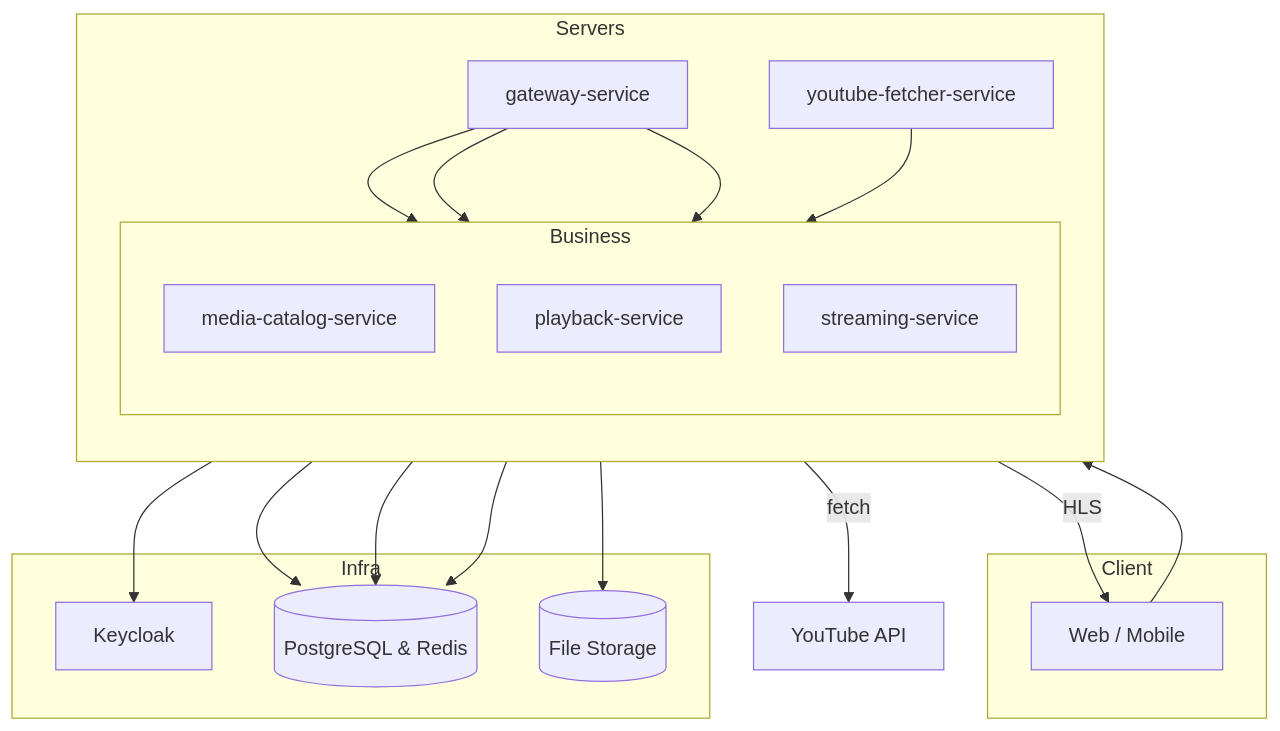
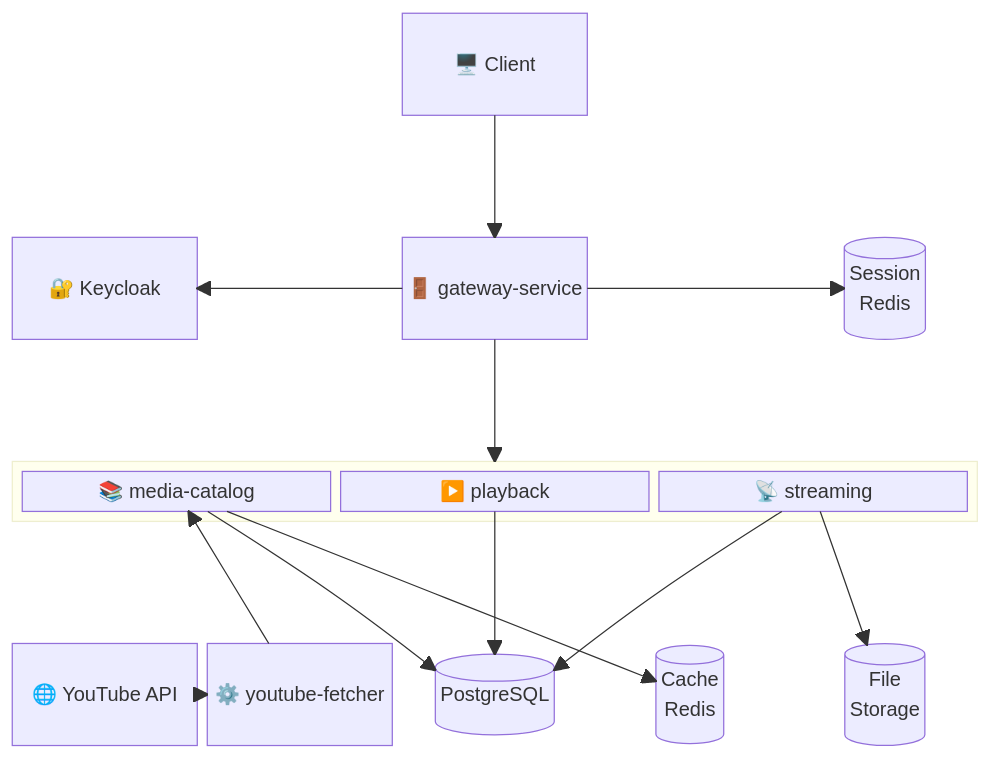
Before and after one commit to sglee487/loopin-server: the diagram in README.md, drawn with Mermaid. The commit also changed other lines of this file, not shown here.

Commit message:
docs: redraw architecture picture

````diff
--- a/README.md
+++ b/README.md
@@ -9,45 +9,35 @@
 ```mermaid
-flowchart TB
+block-beta
+  columns 5
 
-  %% CLIENT
-  subgraph "Client"
-    C["Web / Mobile"]
+  space:2 C["🖥️ Client"]:1 space:2
+
+  space:5
+
+  KC["🔐 Keycloak"]:1 space G["🚪 gateway-service"]:1 space GR[("Session\nRedis")]:1
+
+  space:5
+
+  block:services:5
+    columns 3
+    MC["📚 media-catalog"]:1
+    PB["▶️ playback"]:1
+    ST["📡 streaming"]:1
   end
 
-  %% SERVERS
-  subgraph "Servers"
-    direction TB
-    G["gateway-service"]
-    YF["youtube-fetcher-service"]
-    subgraph "Business"
-      direction TB
-      MC["media-catalog-service"]
-      PB["playback-service"]
-      ST["streaming-service"]
-    end
-  end
+  space:5
 
-  %% INFRA
-  subgraph "Infra"
-    KC["Keycloak"]
-    DS[("PostgreSQL & Redis")]
-    FS[("File Storage")]
-  end
+  YT["🌐 YouTube API"]:1 YF["⚙️ youtube-fetcher"]:1 PG[("PostgreSQL")]:1 RD[("Cache\nRedis")]:1 FS[("File\nStorage")]:1
 
-  %% EXTERNAL API
-  YT["YouTube API"]
-
-  %% FLOWS
   C --> G
   G --> KC
-  G --> MC
-  G --> PB
-  G --> ST
+  G --> GR
+  G --> services
+  MC --> PG
+  MC --> RD
+  PB --> PG
+  ST --> PG
+  ST --> FS
   YF --> MC
-  YF -- fetch --> YT
-  MC --> DS
-  PB --> DS
-  ST --> DS
-  ST --> FS
-  ST -- HLS --> C
+  YF --> YT
 ```
````
